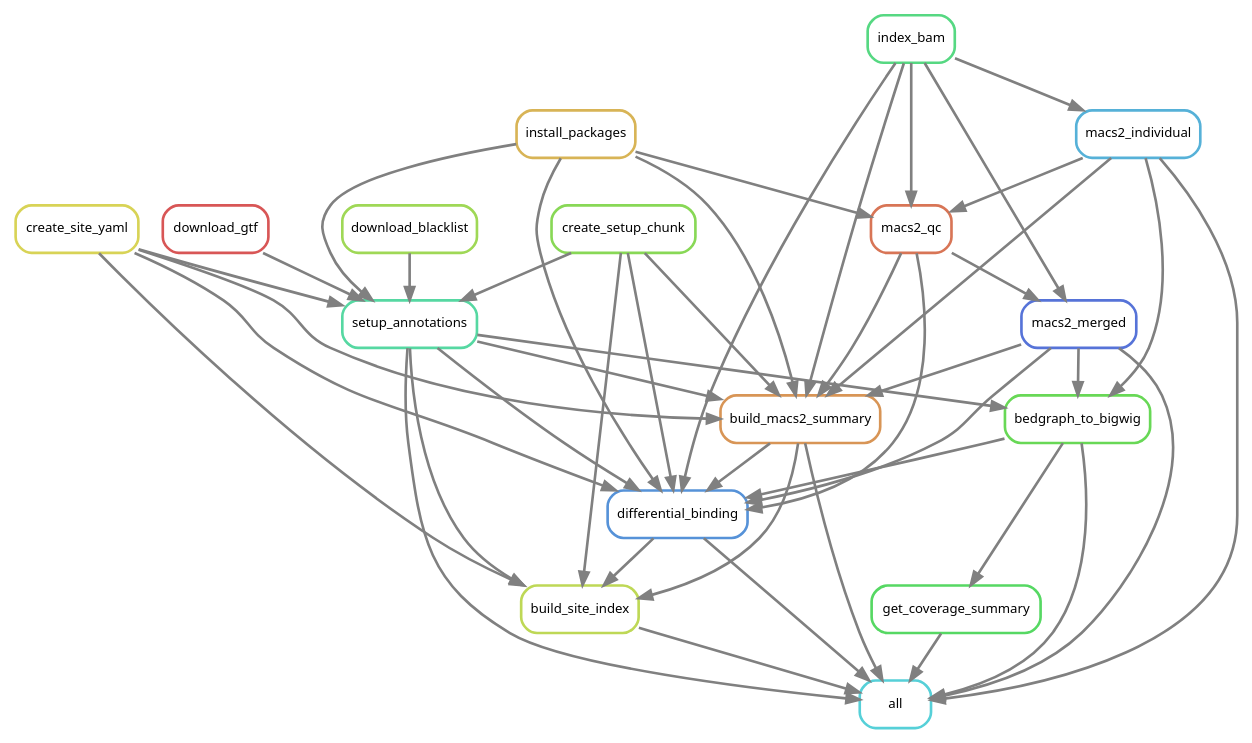
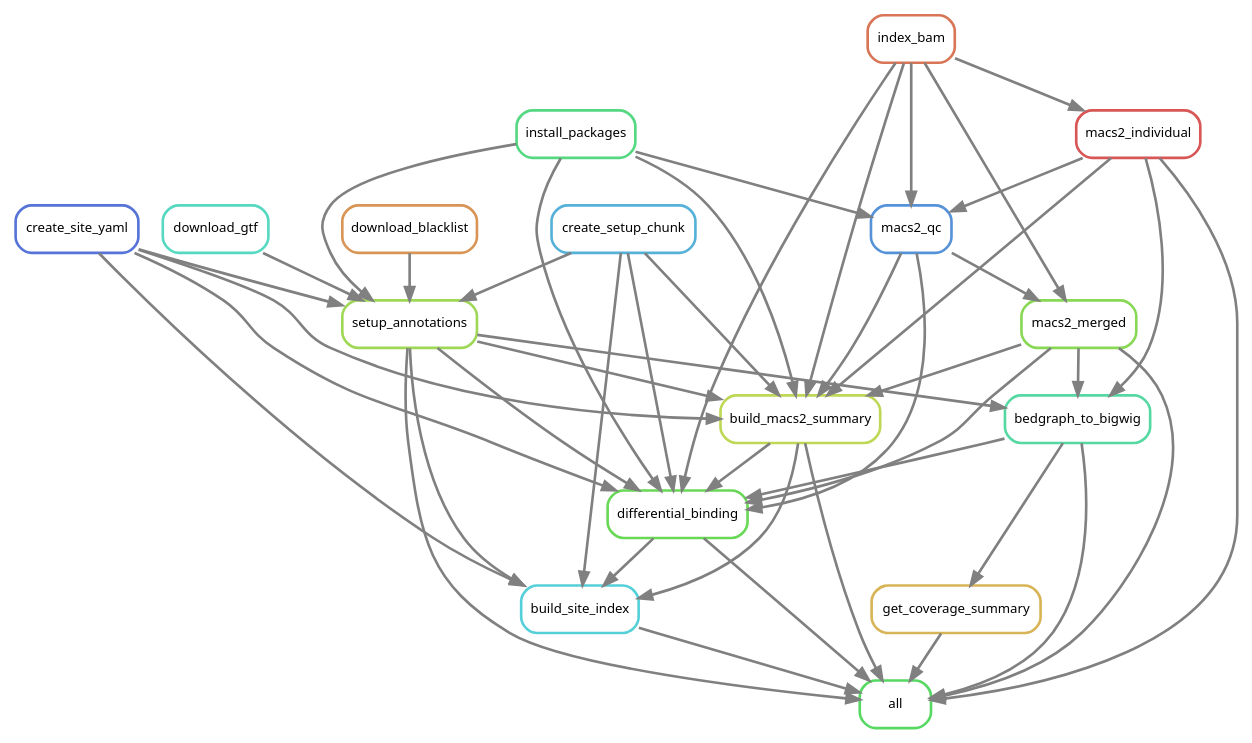
The diagram in workflow/rules/rulegraph.dot (smped/GRAVI), drawn with Graphviz before and after one commit. The commit also changed 7 other files, not shown here.

```diff
--- a/workflow/rules/rulegraph.dot
+++ b/workflow/rules/rulegraph.dot
@@ -1,66 +1,66 @@
 digraph snakemake_dag {
     graph[bgcolor=white, margin=0];
     node[shape=box, style=rounded, fontname=sans,                 fontsize=10, penwidth=2];
     edge[penwidth=2, color=grey];
-	0[label = "all", color = "0.51 0.6 0.85", style="rounded"];
-	1[label = "setup_annotations", color = "0.43 0.6 0.85", style="rounded"];
-	2[label = "download_blacklist", color = "0.24 0.6 0.85", style="rounded"];
-	3[label = "download_gtf", color = "0.00 0.6 0.85", style="rounded"];
-	4[label = "install_packages", color = "0.12 0.6 0.85", style="rounded"];
-	5[label = "create_setup_chunk", color = "0.27 0.6 0.85", style="rounded"];
-	6[label = "create_site_yaml", color = "0.16 0.6 0.85", style="rounded"];
-	7[label = "build_macs2_summary", color = "0.08 0.6 0.85", style="rounded"];
-	8[label = "index_bam", color = "0.39 0.6 0.85", style="rounded"];
-	9[label = "macs2_individual", color = "0.55 0.6 0.85", style="rounded"];
-	10[label = "macs2_merged", color = "0.63 0.6 0.85", style="rounded"];
-	11[label = "macs2_qc", color = "0.04 0.6 0.85", style="rounded"];
-	12[label = "differential_binding", color = "0.59 0.6 0.85", style="rounded"];
-	13[label = "bedgraph_to_bigwig", color = "0.31 0.6 0.85", style="rounded"];
-	14[label = "build_site_index", color = "0.20 0.6 0.85", style="rounded"];
-	15[label = "get_coverage_summary", color = "0.35 0.6 0.85", style="rounded"];
+	0[label = "all", color = "0.35 0.6 0.85", style="rounded"];
+	1[label = "setup_annotations", color = "0.24 0.6 0.85", style="rounded"];
+	2[label = "download_blacklist", color = "0.08 0.6 0.85", style="rounded"];
+	3[label = "download_gtf", color = "0.47 0.6 0.85", style="rounded"];
+	4[label = "install_packages", color = "0.39 0.6 0.85", style="rounded"];
+	5[label = "create_setup_chunk", color = "0.55 0.6 0.85", style="rounded"];
+	6[label = "create_site_yaml", color = "0.63 0.6 0.85", style="rounded"];
+	7[label = "build_macs2_summary", color = "0.20 0.6 0.85", style="rounded"];
+	8[label = "index_bam", color = "0.04 0.6 0.85", style="rounded"];
+	9[label = "macs2_individual", color = "0.00 0.6 0.85", style="rounded"];
+	10[label = "macs2_merged", color = "0.27 0.6 0.85", style="rounded"];
+	11[label = "macs2_qc", color = "0.59 0.6 0.85", style="rounded"];
+	12[label = "differential_binding", color = "0.31 0.6 0.85", style="rounded"];
+	13[label = "bedgraph_to_bigwig", color = "0.43 0.6 0.85", style="rounded"];
+	14[label = "build_site_index", color = "0.51 0.6 0.85", style="rounded"];
+	15[label = "get_coverage_summary", color = "0.12 0.6 0.85", style="rounded"];
+	9 -> 0
+	15 -> 0
 	7 -> 0
-	14 -> 0
-	13 -> 0
-	15 -> 0
 	1 -> 0
-	9 -> 0
 	12 -> 0
 	10 -> 0
+	13 -> 0
+	14 -> 0
+	2 -> 1
+	4 -> 1
 	3 -> 1
-	4 -> 1
+	5 -> 1
 	6 -> 1
-	2 -> 1
-	5 -> 1
-	11 -> 7
-	4 -> 7
-	6 -> 7
-	5 -> 7
+	9 -> 7
 	8 -> 7
 	1 -> 7
-	9 -> 7
 	10 -> 7
+	4 -> 7
+	5 -> 7
+	11 -> 7
+	6 -> 7
 	8 -> 9
 	8 -> 10
 	11 -> 10
 	4 -> 11
+	9 -> 11
 	8 -> 11
-	9 -> 11
+	8 -> 12
 	7 -> 12
-	11 -> 12
+	1 -> 12
+	10 -> 12
 	4 -> 12
-	6 -> 12
 	13 -> 12
 	5 -> 12
-	8 -> 12
-	1 -> 12
-	10 -> 12
+	11 -> 12
+	6 -> 12
 	9 -> 13
 	1 -> 13
 	10 -> 13
 	7 -> 14
-	6 -> 14
-	5 -> 14
 	1 -> 14
 	12 -> 14
+	5 -> 14
+	6 -> 14
 	13 -> 15
 }            
```
